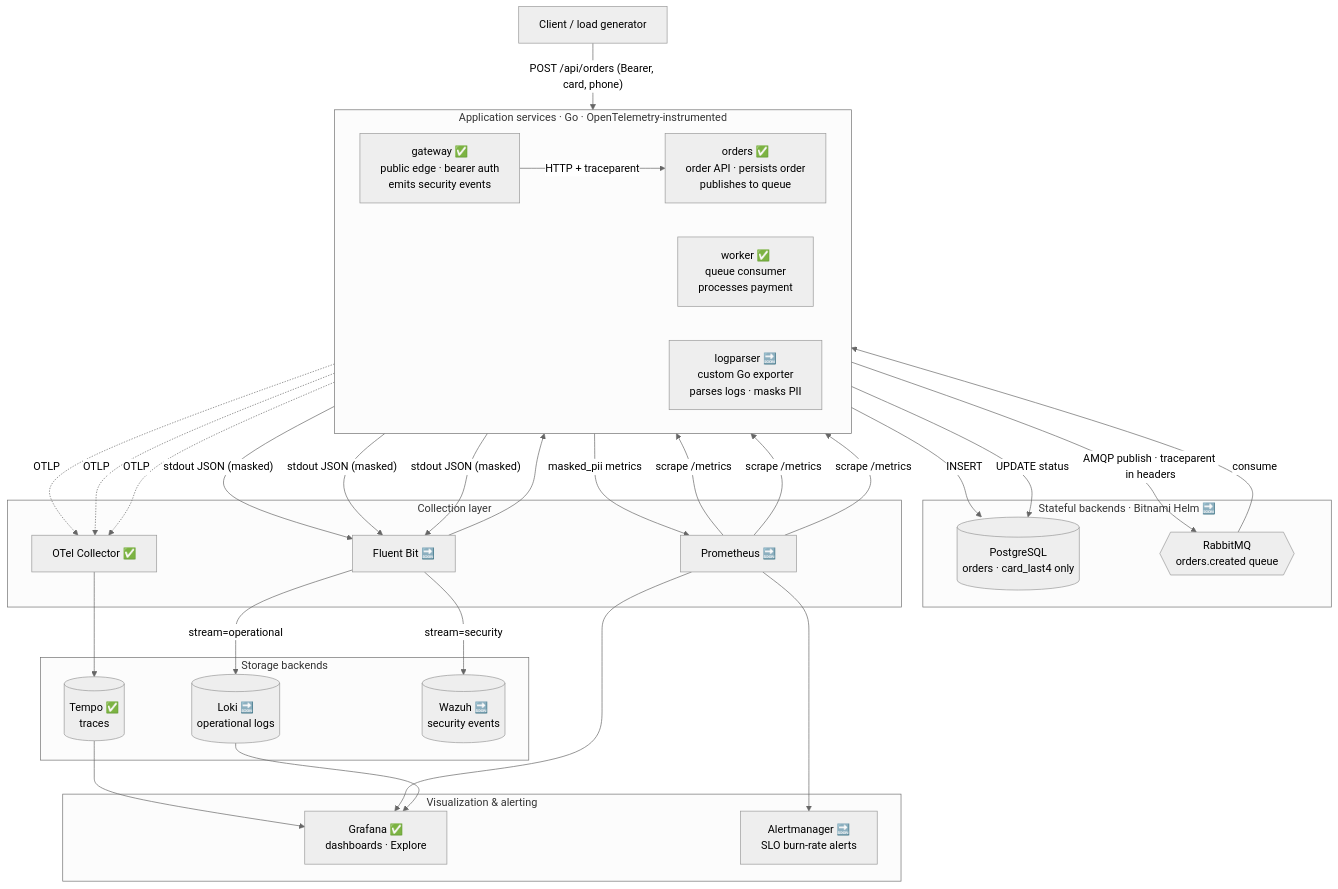
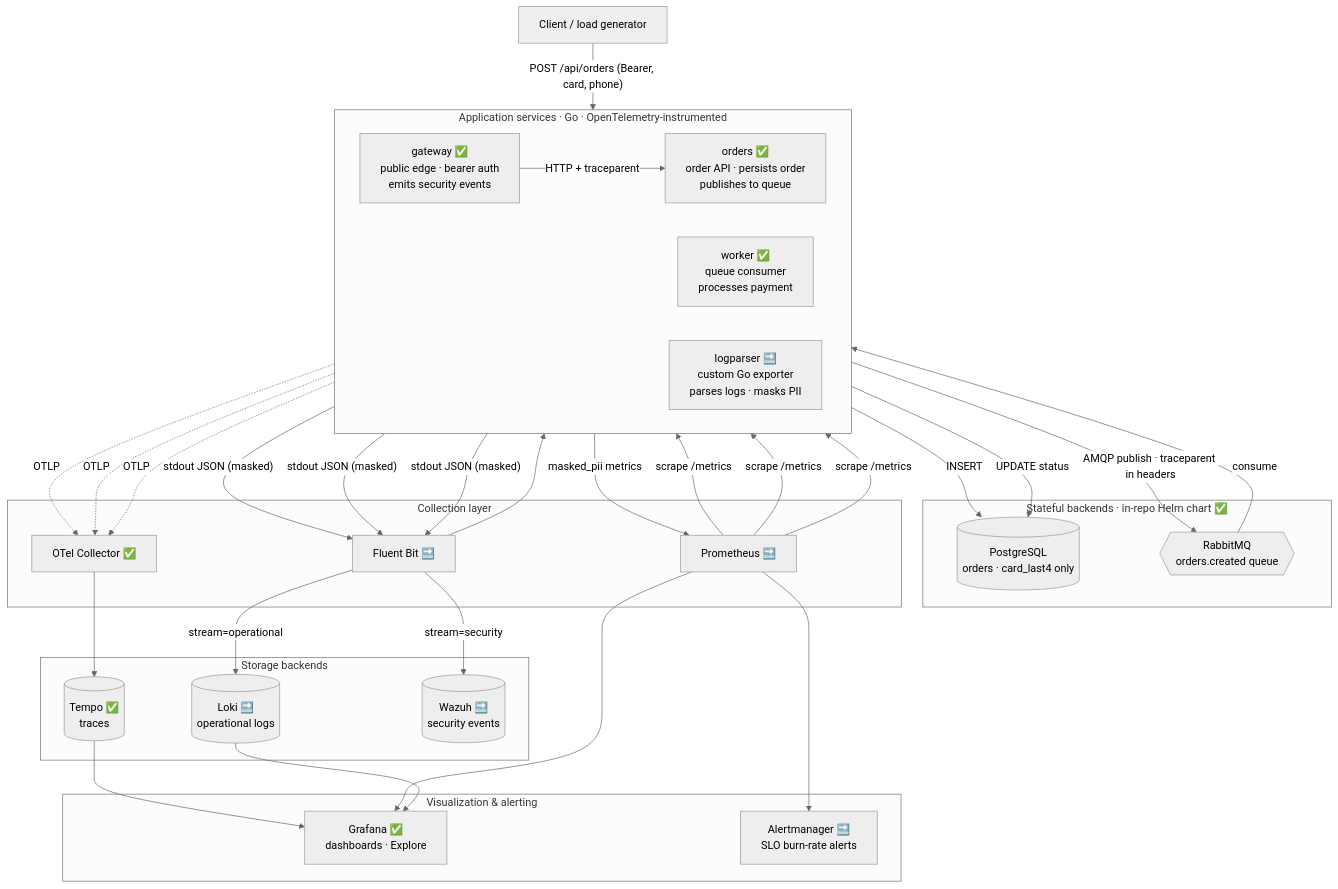
The first of 3 diagrams in README.md (MarkAndrewKamau/Observability-Lab), drawn with Mermaid (neutral theme) before and after one commit. The commit also changed other lines of this file and 28 other files, not shown here.

````diff
--- a/README.md
+++ b/README.md
@@ -57,63 +57,63 @@
 ```mermaid
 flowchart TB
     client["Client / load generator"]
 
     subgraph app["Application services · Go · OpenTelemetry-instrumented"]
         direction LR
         gw["gateway ✅<br/>public edge · bearer auth<br/>emits security events"]
         orders["orders ✅<br/>order API · persists order<br/>publishes to queue"]
         worker["worker ✅<br/>queue consumer<br/>processes payment"]
         logparser["logparser 🔜<br/>custom Go exporter<br/>parses logs · masks PII"]
     end
 
-    subgraph data["Stateful backends · Bitnami Helm 🔜"]
+    subgraph data["Stateful backends · in-repo Helm chart ✅"]
         pg[("PostgreSQL<br/>orders · card_last4 only")]
         mq{{"RabbitMQ<br/>orders.created queue"}}
     end
 
     subgraph collect["Collection layer"]
         otelcol["OTel Collector ✅"]
         fluent["Fluent Bit 🔜"]
         prom["Prometheus 🔜"]
     end
 
     subgraph store["Storage backends"]
         tempo[("Tempo ✅<br/>traces")]
         loki[("Loki 🔜<br/>operational logs")]
         wazuh[("Wazuh 🔜<br/>security events")]
     end
 
     subgraph viz["Visualization & alerting"]
         grafana["Grafana ✅<br/>dashboards · Explore"]
         alert["Alertmanager 🔜<br/>SLO burn-rate alerts"]
     end
 
     %% Request path
     client -->|"POST /api/orders (Bearer, card, phone)"| gw
     gw -->|"HTTP + traceparent"| orders
     orders -->|"AMQP publish · traceparent in headers"| mq
     mq -->|consume| worker
     orders -->|INSERT| pg
     worker -->|UPDATE status| pg
 
     %% Traces plane
     gw -.->|OTLP| otelcol
     orders -.->|OTLP| otelcol
     worker -.->|OTLP| otelcol
     otelcol --> tempo --> grafana
 
     %% Metrics plane
     prom -->|scrape /metrics| gw
     prom -->|scrape /metrics| orders
     prom -->|scrape /metrics| worker
     prom --> grafana
     prom --> alert
 
     %% Logs planes (routed by the log "stream" field)
     gw -->|"stdout JSON (masked)"| fluent
     orders -->|"stdout JSON (masked)"| fluent
     worker -->|"stdout JSON (masked)"| fluent
     fluent -->|stream=operational| loki --> grafana
     fluent -->|stream=security| wazuh
     fluent --> logparser -->|masked_pii metrics| prom
 ```
````
